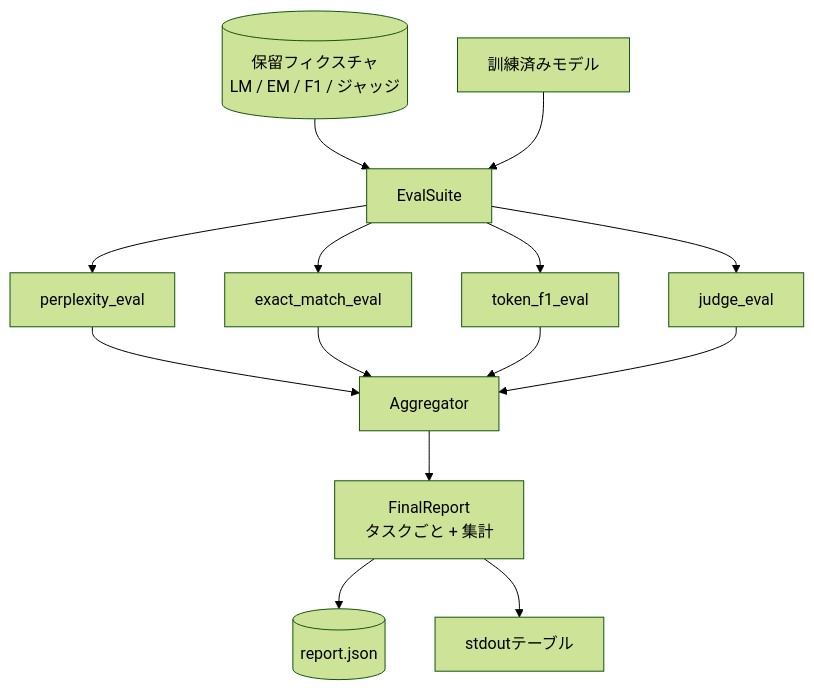
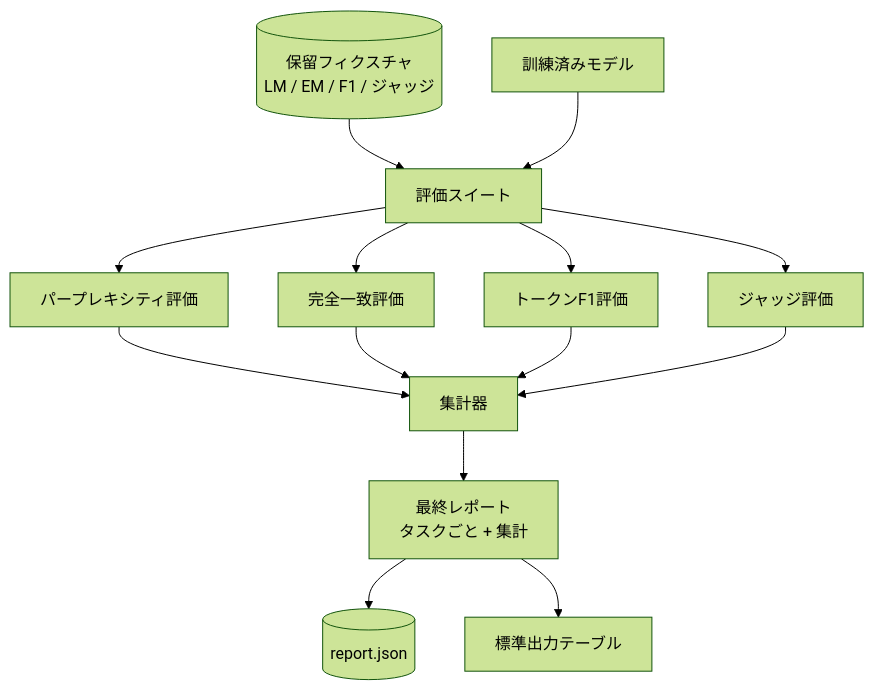
One commit to shoshoshomen/synapse-academy changed the third of 3 diagrams in content/phases/19-capstone-projects/41-eval-pipeline/lesson.ja.md. Above: the diagram before and after it, drawn with Mermaid (forest theme). The commit also changed other lines of this file and 124 other files, not shown here.

First line of the commit message:
feat(i18n): mermaid図のラベルを日本語化(194レッスン/374図)

````diff
--- a/content/phases/19-capstone-projects/41-eval-pipeline/lesson.ja.md
+++ b/content/phases/19-capstone-projects/41-eval-pipeline/lesson.ja.md
@@ -104,16 +104,16 @@
 ```mermaid
 flowchart TD
-  Data[(保留フィクスチャ<br/>LM / EM / F1 / ジャッジ)] --> Suite[EvalSuite]
-  Model[訓練済みモデル] --> Suite
-  Suite --> PE[perplexity_eval]
-  Suite --> EE[exact_match_eval]
-  Suite --> FE[token_f1_eval]
-  Suite --> JE[judge_eval]
-  PE --> Agg[Aggregator]
+  Data[("保留フィクスチャ\nLM / EM / F1 / ジャッジ")] --> Suite["評価スイート"]
+  Model["訓練済みモデル"] --> Suite
+  Suite --> PE["パープレキシティ評価"]
+  Suite --> EE["完全一致評価"]
+  Suite --> FE["トークンF1評価"]
+  Suite --> JE["ジャッジ評価"]
+  PE --> Agg["集計器"]
   EE --> Agg
   FE --> Agg
   JE --> Agg
-  Agg --> R[FinalReport<br/>タスクごと + 集計]
-  R --> JSON[(report.json)]
-  R --> Pretty[stdoutテーブル]
+  Agg --> R["最終レポート\nタスクごと + 集計"]
+  R --> JSON[("report.json")]
+  R --> Pretty["標準出力テーブル"]
 ```
````
